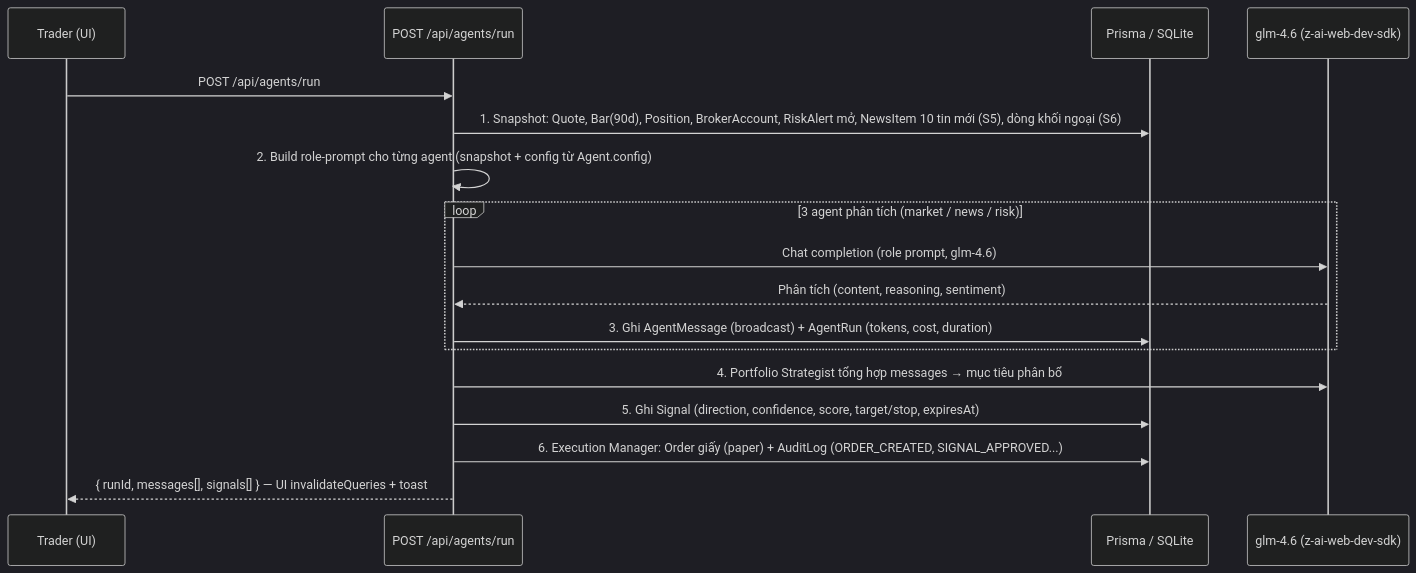
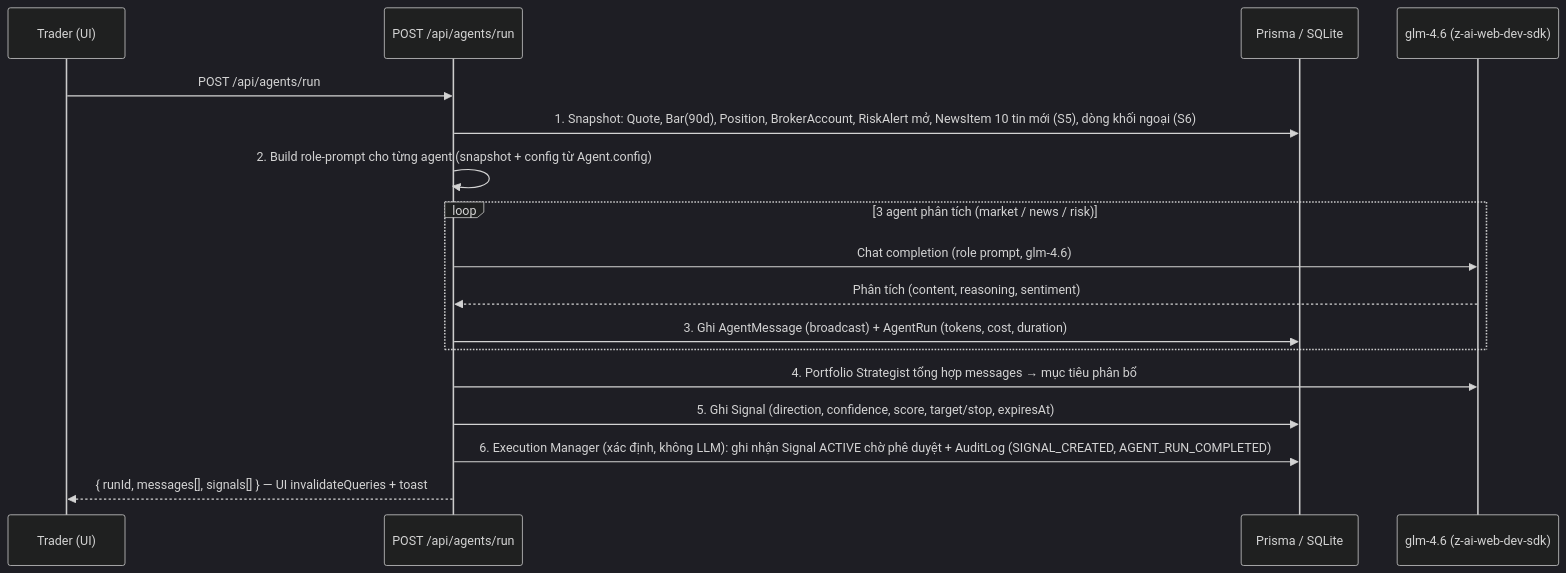
The second of 2 diagrams in docs/TECHNICAL_BLUEPRINT.md (nguyenquocviety2c-code/THE-TRADER), drawn with Mermaid (dark theme) before and after one commit. The commit also changed other lines of this file and 39 other files, not shown here.

````diff
--- a/docs/TECHNICAL_BLUEPRINT.md
+++ b/docs/TECHNICAL_BLUEPRINT.md
@@ -178,20 +186,20 @@
 ```mermaid
 sequenceDiagram
     participant U as Trader (UI)
     participant API as POST /api/agents/run
     participant DB as Prisma / SQLite
     participant LLM as glm-4.6 (z-ai-web-dev-sdk)
 
     U->>API: POST /api/agents/run
     API->>DB: 1. Snapshot: Quote, Bar(90d), Position, BrokerAccount, RiskAlert mở, NewsItem 10 tin mới (S5), dòng khối ngoại (S6)
     API->>API: 2. Build role-prompt cho từng agent (snapshot + config từ Agent.config)
     loop 3 agent phân tích (market / news / risk)
         API->>LLM: Chat completion (role prompt, glm-4.6)
         LLM-->>API: Phân tích (content, reasoning, sentiment)
         API->>DB: 3. Ghi AgentMessage (broadcast) + AgentRun (tokens, cost, duration)
     end
     API->>LLM: 4. Portfolio Strategist tổng hợp messages → mục tiêu phân bổ
     API->>DB: 5. Ghi Signal (direction, confidence, score, target/stop, expiresAt)
-    API->>DB: 6. Execution Manager: Order giấy (paper) + AuditLog (ORDER_CREATED, SIGNAL_APPROVED...)
+    API->>DB: 6. Execution Manager (xác định, không LLM): ghi nhận Signal ACTIVE chờ phê duyệt + AuditLog (SIGNAL_CREATED, AGENT_RUN_COMPLETED)
     API-->>U: { runId, messages[], signals[] } — UI invalidateQueries + toast
 ```
````
